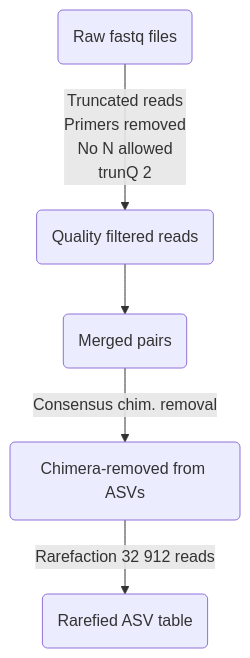
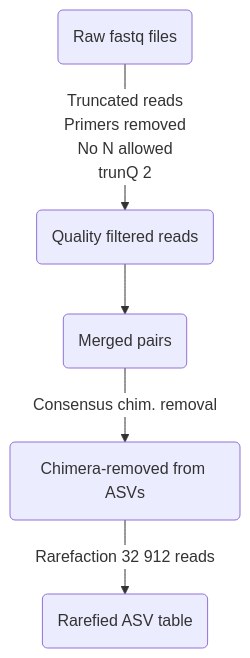
One commit to plchagnon/Lonicera---Coralie changed the first of 2 diagrams in README.md. Above: the diagram before and after it, drawn with Mermaid.

````diff
--- a/README.md
+++ b/README.md
@@ -69,7 +69,8 @@
 ```mermaid
+%%{init: {'themeVariables': { 'edgeLabelBackground': '#FFF'}}}%%
 flowchart TD
 raw(Raw fastq files) -- Truncated reads <br> Primers removed <br> No N allowed <br> trunQ 2 --> q(Quality filtered reads)
 q-->m(Merged pairs)
 m-- Consensus chim. removal -->chim(Chimera-removed from ASVs)
 chim-- Rarefaction 32 912 reads-->rar(Rarefied ASV table) 
 ```
````
